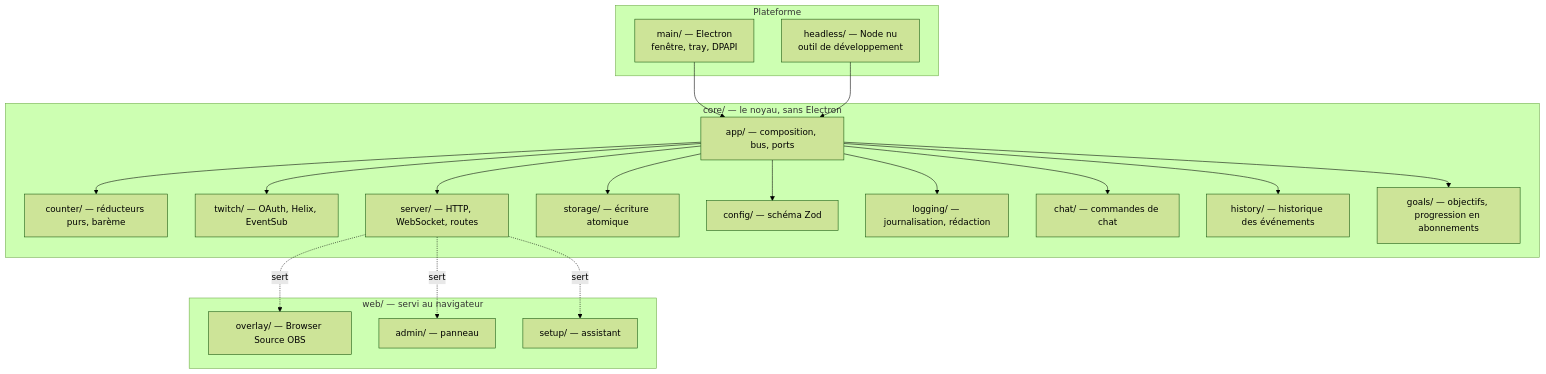
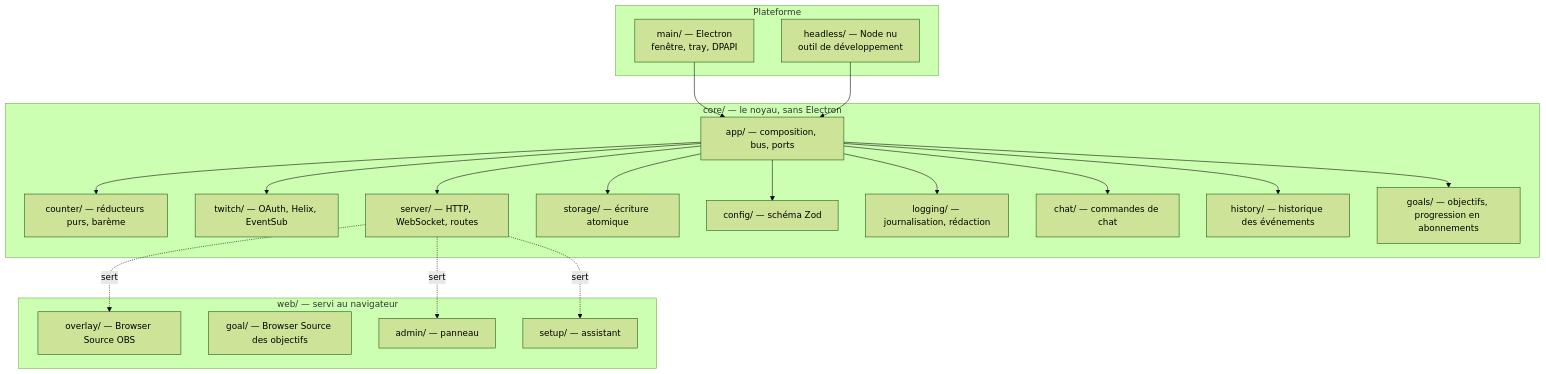
Before and after one commit to thedevopser/ChronoCast: the first of 2 diagrams in docs/ARCHITECTURE.md, drawn with Mermaid (forest theme). The commit also changed other lines of this file and 35 other files, not shown here.

````diff
--- a/docs/ARCHITECTURE.md
+++ b/docs/ARCHITECTURE.md
@@ -21,41 +21,42 @@
 ```mermaid
 graph TD
     subgraph Plateforme
         MAIN["main/ — Electron<br/>fenêtre, tray, DPAPI"]
         HEADLESS["headless/ — Node nu<br/>outil de développement"]
     end
 
     subgraph "core/ — le noyau, sans Electron"
         APP["app/ — composition, bus, ports"]
         COUNTER["counter/ — réducteurs purs, barème"]
         TWITCH["twitch/ — OAuth, Helix, EventSub"]
         SERVER["server/ — HTTP, WebSocket, routes"]
         STORAGE["storage/ — écriture atomique"]
         CONFIG["config/ — schéma Zod"]
         LOG["logging/ — journalisation, rédaction"]
         CHAT["chat/ — commandes de chat"]
         HISTORY["history/ — historique des événements"]
         GOALS["goals/ — objectifs, progression en abonnements"]
     end
 
     subgraph "web/ — servi au navigateur"
         OVERLAY["overlay/ — Browser Source OBS"]
+        GOAL["goal/ — Browser Source des objectifs"]
         ADMIN["admin/ — panneau"]
         SETUP["setup/ — assistant"]
     end
 
     MAIN --> APP
     HEADLESS --> APP
     APP --> COUNTER
     APP --> TWITCH
     APP --> SERVER
     APP --> STORAGE
     APP --> CONFIG
     APP --> LOG
     APP --> CHAT
     APP --> HISTORY
     APP --> GOALS
     SERVER -.sert.-> OVERLAY
     SERVER -.sert.-> ADMIN
     SERVER -.sert.-> SETUP
 ```
````
